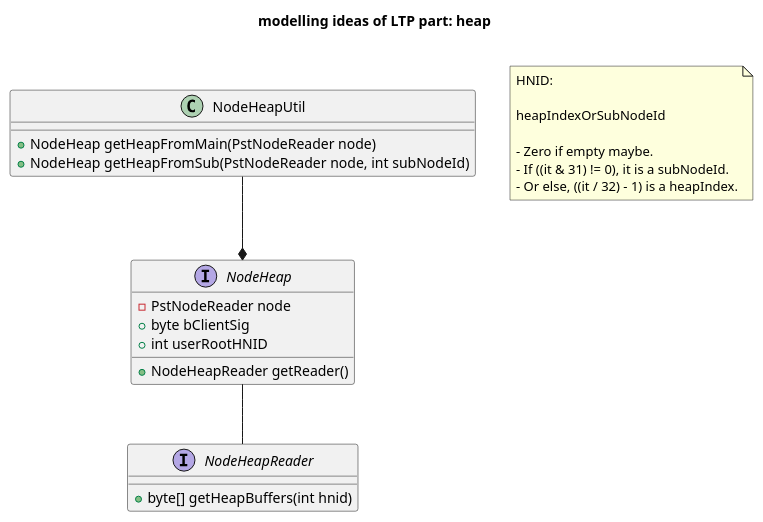
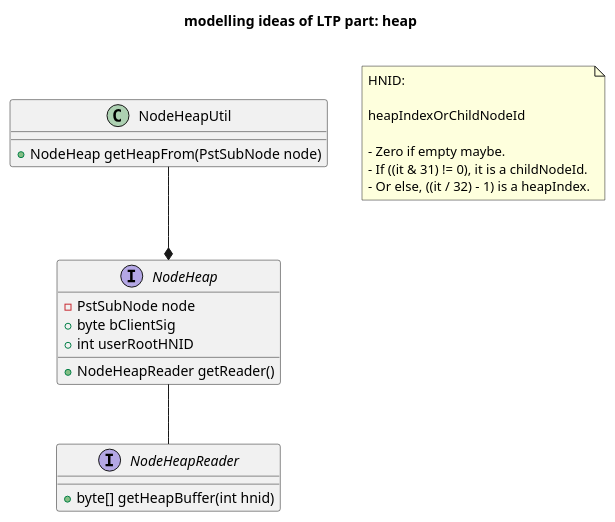
One commit to Kris-LIBIS/ruby-msg changed the third of 5 diagrams in plantuml/base.plantuml. Above: the diagram before and after it, drawn with PlantUML. The commit also changed 2 other files, not shown here.

```diff
--- a/plantuml/base.plantuml
+++ b/plantuml/base.plantuml
@@ -70,32 +70,31 @@
 @startuml ltp_heap
 title modelling ideas of LTP part: heap\n
 class NodeHeapUtil {
-    + NodeHeap getHeapFromMain(PstNodeReader node)
-    + NodeHeap getHeapFromSub(PstNodeReader node, int subNodeId)
+    + NodeHeap getHeapFrom(PstSubNode node)
 }
 
 interface NodeHeap {
-    - PstNodeReader node
+    - PstSubNode node
     + byte bClientSig
     + int userRootHNID
 
     + NodeHeapReader getReader()
 }
 
 interface NodeHeapReader {
-    + byte[] getHeapBuffers(int hnid)
+    + byte[] getHeapBuffer(int hnid)
 }
 
 note as N1
     HNID:
 
-    heapIndexOrSubNodeId
+    heapIndexOrChildNodeId
 
     - Zero if empty maybe.
-    - If ((it & 31) != 0), it is a subNodeId.
+    - If ((it & 31) != 0), it is a childNodeId.
     - Or else, ((it / 32) - 1) is a heapIndex.
 end note
 
 NodeHeapUtil --* NodeHeap
 NodeHeap -- NodeHeapReader
 @enduml
```
